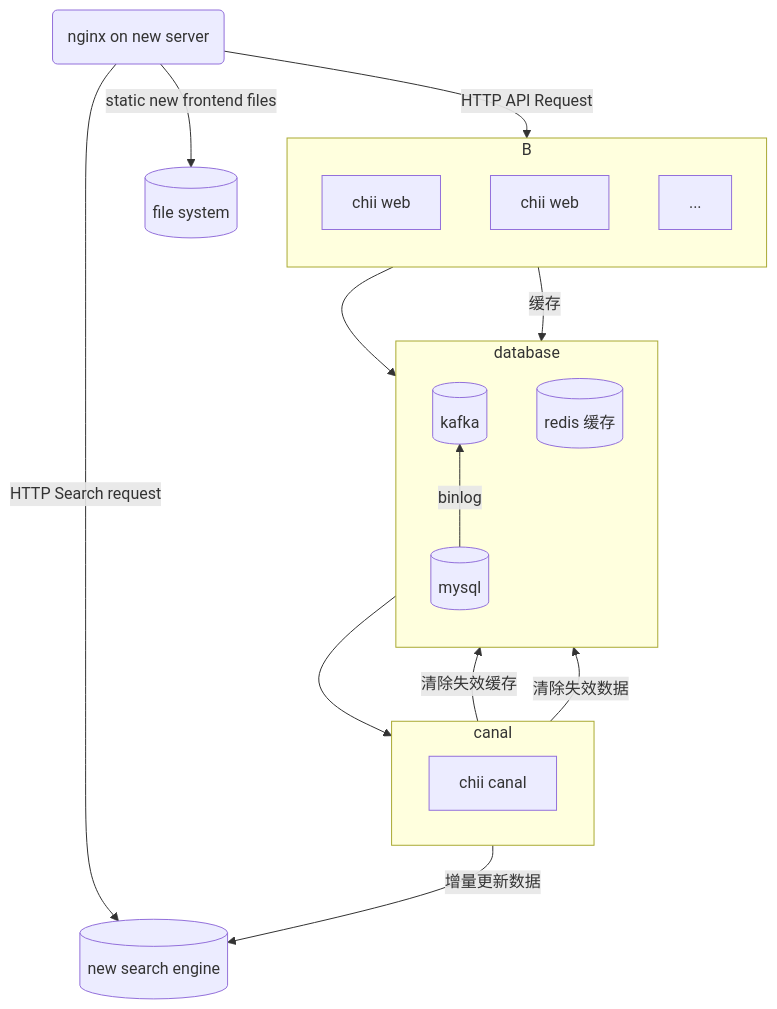
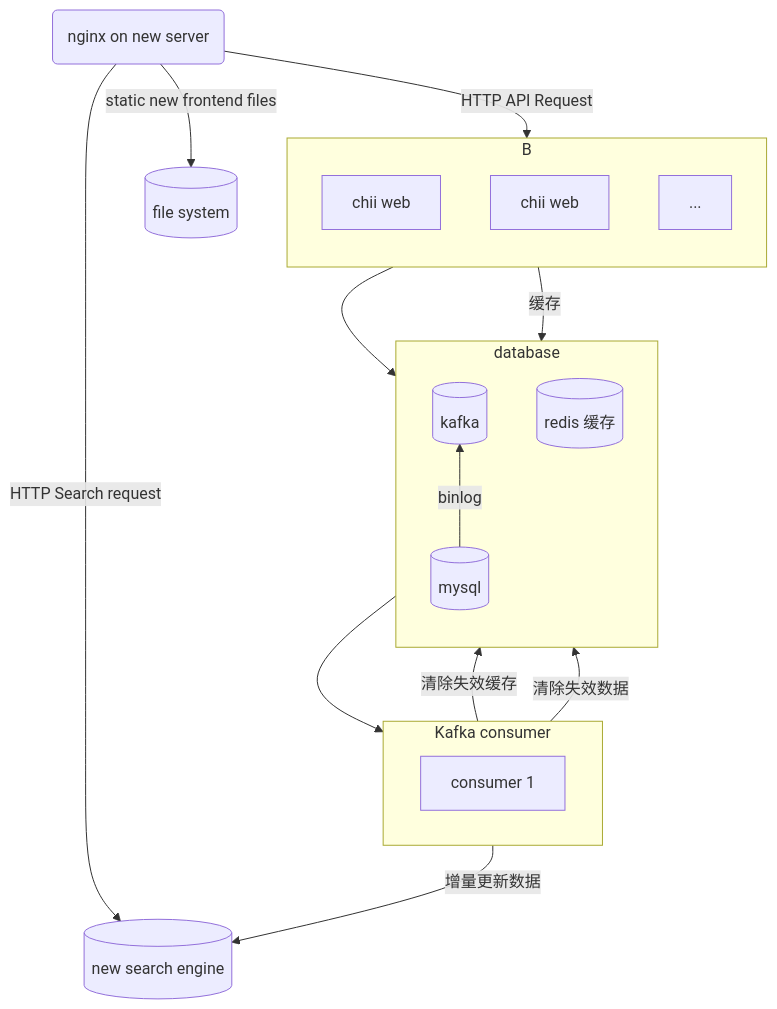
Before and after one commit to bangumi/server: the second of 2 diagrams in readme.md, drawn with Mermaid.

````diff
--- a/readme.md
+++ b/readme.md
@@ -79,39 +79,39 @@
 ```mermaid
 flowchart TD
   Nginx(nginx on new server);
 
   Nginx -->|static new frontend files|FS[(file system)];
 
   Nginx -->|HTTP API Request|B;
   Nginx --> |HTTP Search request|meilisearch;
 
   C --> |增量更新数据|meilisearch;
 
   B --> mysql
   B --> |缓存|redis
   C --> |清除失效缓存|redis
   C --> |清除失效数据|mysql
   kafka --> C;
 
 
   subgraph B
     direction BT
     B1[chii web];
     B2[chii web];
     ...
   end
 
-  subgraph C[canal]
-    C1[chii canal];
+  subgraph C[Kafka consumer]
+    C1[consumer 1];
   end
 
   meilisearch[(new search engine)];
 
   subgraph Components[database]
     direction BT
     redis[(redis 缓存)]
     mysql[(mysql)]
     kafka[(kafka)]
     mysql --> |binlog|kafka;
   end
 ```
````
